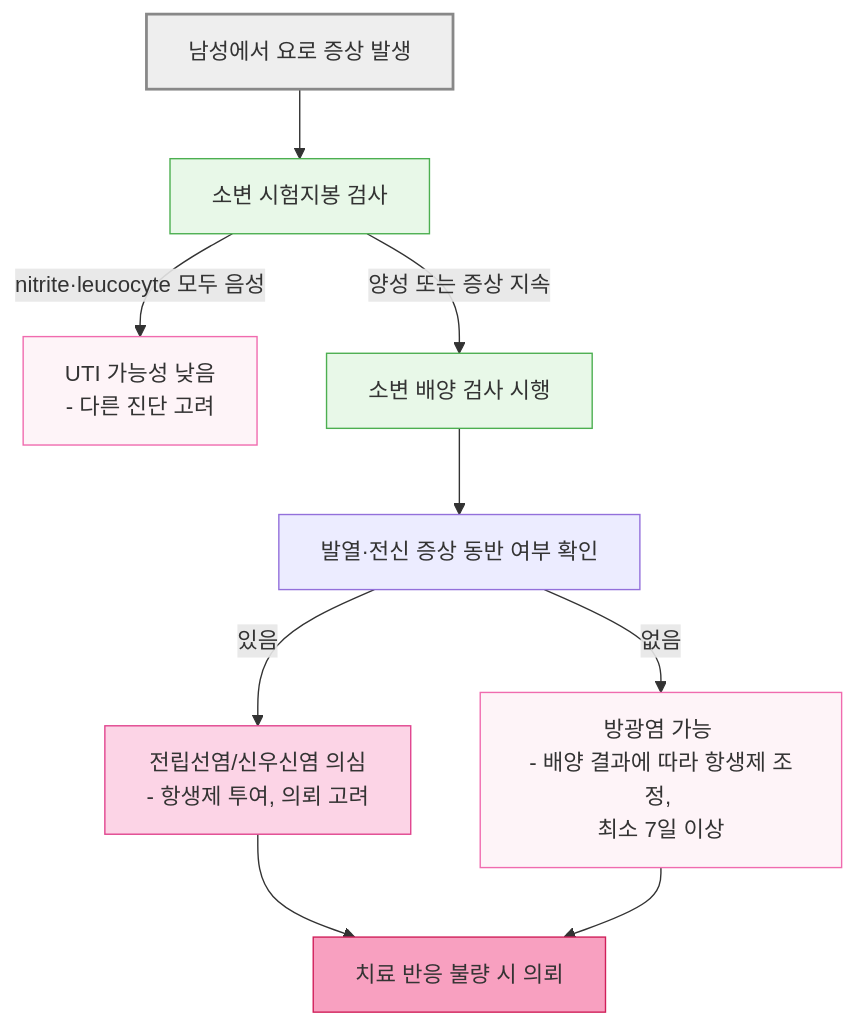
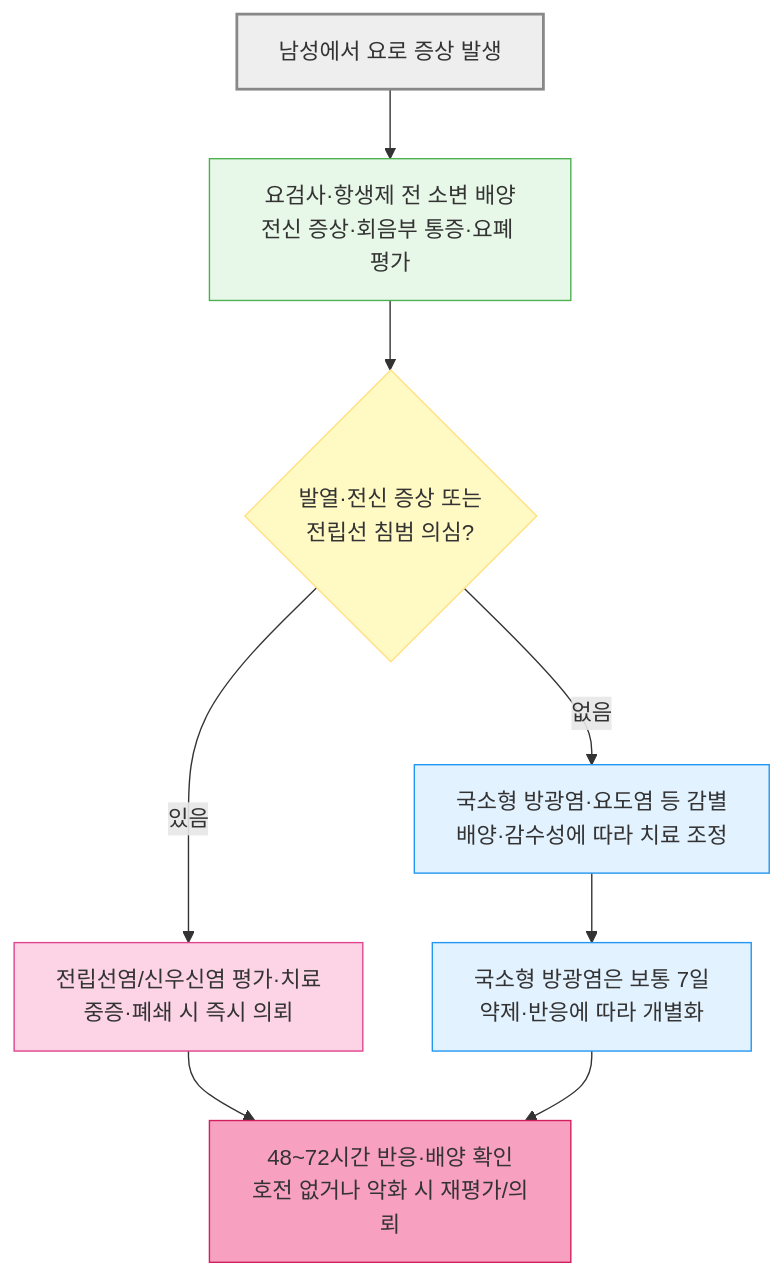
One commit to familyoh77/familyoh77 changed the fourth of 5 diagrams in 227_/113_-urinary-tract-infection.md. Above: the diagram before and after it, drawn with Mermaid. The commit also changed other lines of this file and 4 other files, not shown here.

````diff
--- a/227_/113_-urinary-tract-infection.md
+++ b/227_/113_-urinary-tract-infection.md
@@ -303,19 +310,17 @@
 ```mermaid
 graph TD
-    A["남성에서 요로 증상 발생"] --> B["소변 시험지봉 검사"]
-    B -->|nitrite·leucocyte 모두 음성| C["UTI 가능성 낮음 <br/>- 다른 진단 고려"]
-    B -->|양성 또는 증상 지속| D["소변 배양 검사 시행"]
-    D --> E["발열·전신 증상 동반 여부 확인"]
-    E -->|있음| F["전립선염/신우신염 의심 <br/>- 항생제 투여, 의뢰 고려"]
-    E -->|없음| G["방광염 가능 <br/>- 배양 결과에 따라 항생제 조정, <br/>최소 7일 이상"]
-    F --> H["치료 반응 불량 시 의뢰"]
-    G --> H
-
-style A fill:#eeeeee,stroke:#888888,stroke-width:2px
-classDef lightGreen fill:#e8f8e8,stroke:#4caf50
-class B,D lightGreen
-style C fill:#fef4f8,stroke:#f06baf
-style G fill:#fef4f8,stroke:#f06baf
-style F fill:#fcd4e6,stroke:#e0448e
-style H fill:#f8a0c0,stroke:#d01f5a
+    A["남성에서 요로 증상 발생"] --> B["요검사·항생제 전 소변 배양<br/>전신 증상·회음부 통증·요폐 평가"]
+    B --> C{"발열·전신 증상 또는<br/>전립선 침범 의심?"}
+    C -->|있음| D["전립선염/신우신염 평가·치료<br/>중증·폐쇄 시 즉시 의뢰"]
+    C -->|없음| E["국소형 방광염·요도염 등 감별<br/>배양·감수성에 따라 치료 조정"]
+    E --> F["국소형 방광염은 보통 7일<br/>약제·반응에 따라 개별화"]
+    D --> G["48~72시간 반응·배양 확인<br/>호전 없거나 악화 시 재평가/의뢰"]
+    F --> G
+    style A fill:#eeeeee,stroke:#888888,stroke-width:2px
+    style B fill:#e8f8e8,stroke:#4caf50
+    style C fill:#fff9c4,stroke:#ffe082
+    style D fill:#fcd4e6,stroke:#e0448e
+    style E fill:#e3f2ff,stroke:#2196f3
+    style F fill:#e3f2ff,stroke:#2196f3
+    style G fill:#f8a0c0,stroke:#d01f5a
 ```
````
